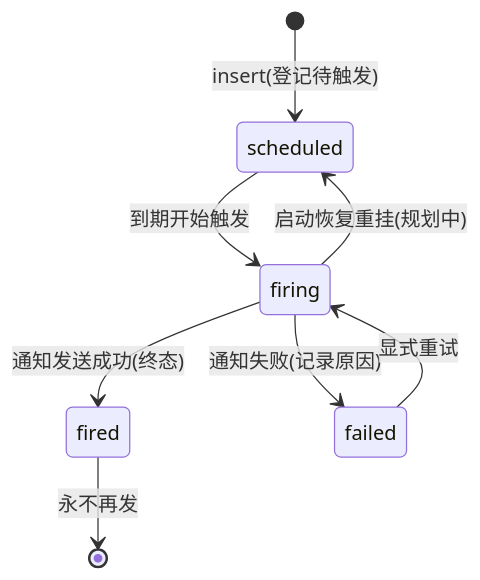
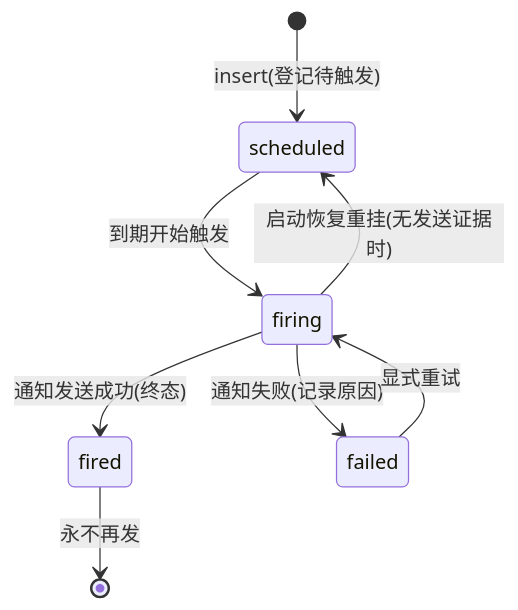
One commit to Azusa010/personal-agent changed the eighth of 9 diagrams in .repowiki/zh/content/数据存储/Repository 模式.md. Above: the diagram before and after it, drawn with Mermaid. The commit also changed other lines of this file and 17 other files, not shown here.

````diff
--- a/.repowiki/zh/content/数据存储/Repository 模式.md
+++ b/.repowiki/zh/content/数据存储/Repository 模式.md
@@ -345,10 +347,10 @@
 ```mermaid
 stateDiagram-v2
 [*] --> scheduled : insert(登记待触发)
 scheduled --> firing : 到期开始触发
 firing --> fired : 通知发送成功(终态)
 firing --> failed : 通知失败(记录原因)
-firing --> scheduled : 启动恢复重挂(规划中)
+firing --> scheduled : 启动恢复重挂(无发送证据时)
 failed --> firing : 显式重试
 fired --> [*] : 永不再发
 ```
````
